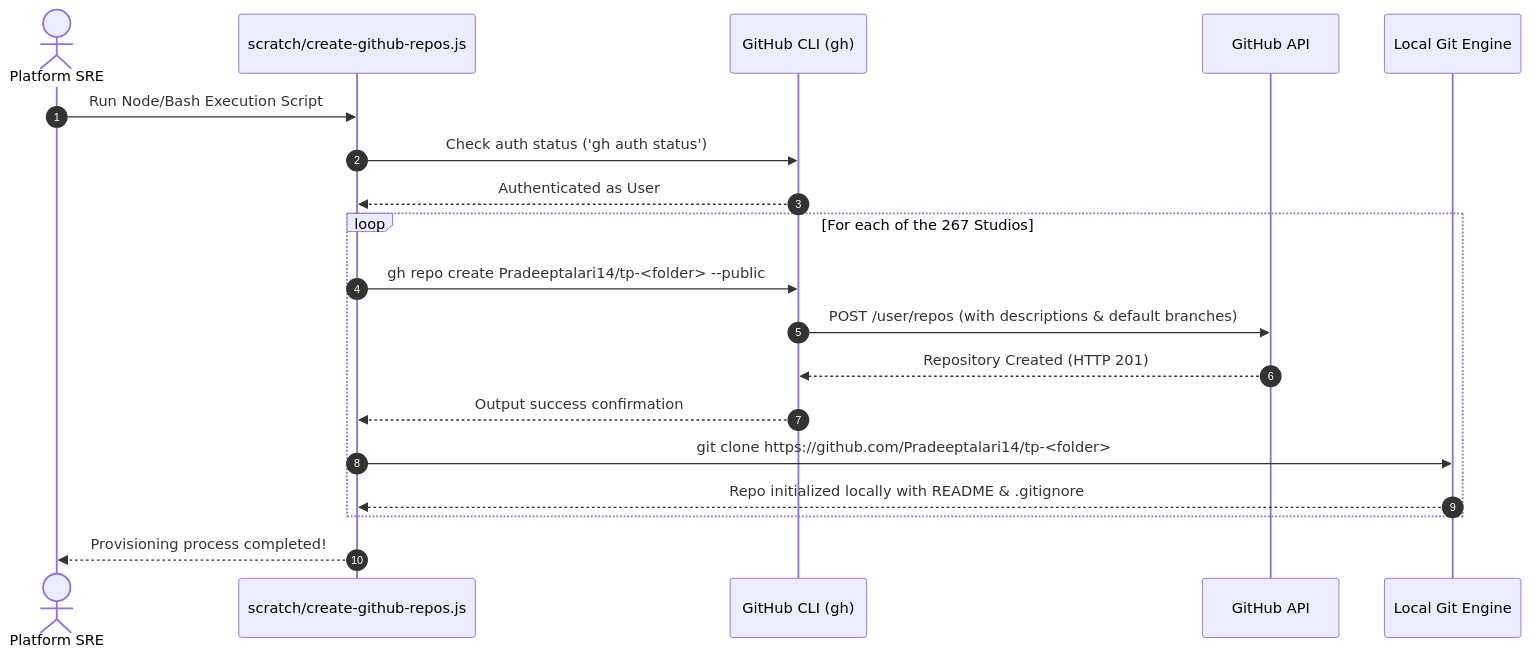
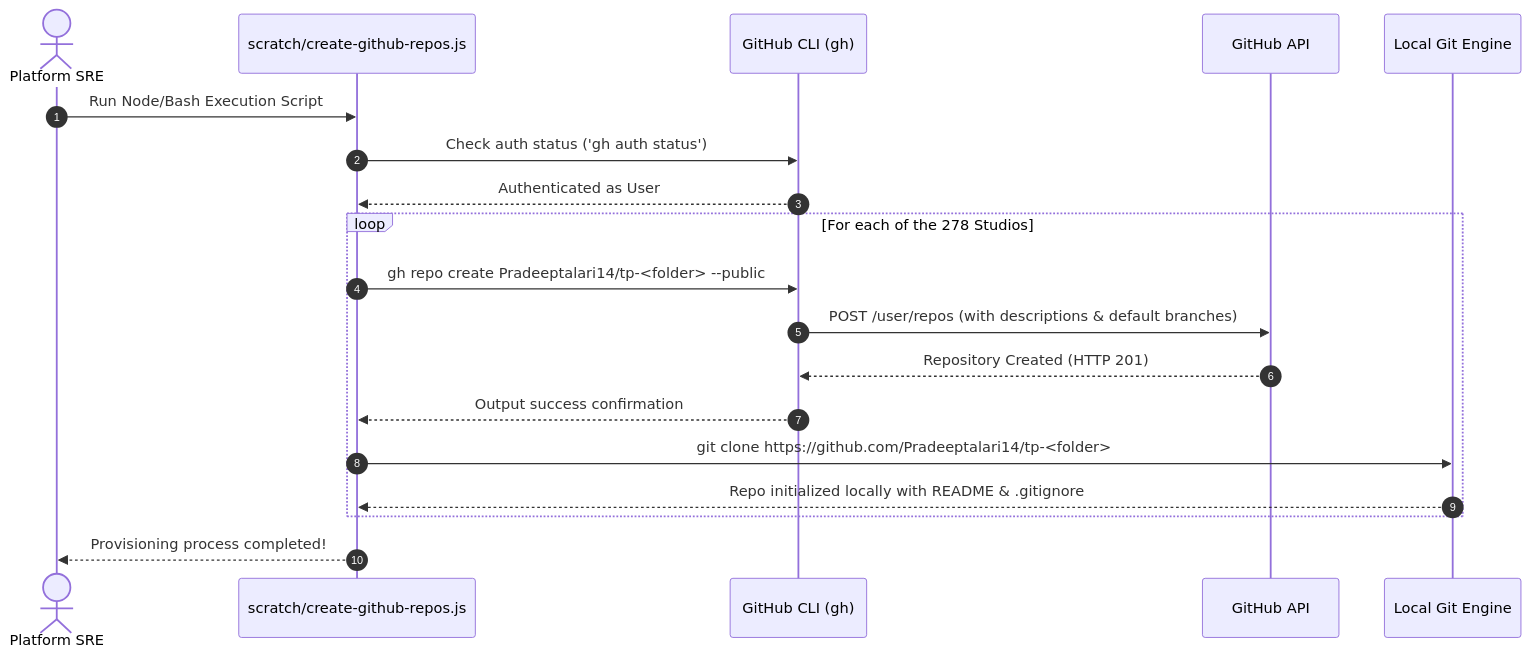
Before and after one commit to Pradeeptalari14/portfolio: the first of 2 diagrams in GITHUB_PROVISIONING_GUIDE.md, drawn with Mermaid. The commit also changed other lines of this file and 57 other files, not shown here.

````diff
--- a/GITHUB_PROVISIONING_GUIDE.md
+++ b/GITHUB_PROVISIONING_GUIDE.md
@@ -25,22 +25,22 @@
 ```mermaid
 sequenceDiagram
     autonumber
     actor Engineer as Platform SRE
     participant Script as scratch/create-github-repos.js
     participant gh as GitHub CLI (gh)
     participant API as GitHub API
     participant Git as Local Git Engine
 
     Engineer->>Script: Run Node/Bash Execution Script
     Script->>gh: Check auth status ('gh auth status')
     gh-->>Script: Authenticated as User
-    loop For each of the 267 Studios
+    loop For each of the 278 Studios
         Script->>gh: gh repo create Pradeeptalari14/tp-<folder> --public
         gh->>API: POST /user/repos (with descriptions & default branches)
         API-->>gh: Repository Created (HTTP 201)
         gh-->>Script: Output success confirmation
         Script->>Git: git clone https://github.com/Pradeeptalari14/tp-<folder>
         Git-->>Script: Repo initialized locally with README & .gitignore
     end
     Script-->>Engineer: Provisioning process completed!
 ```
````
